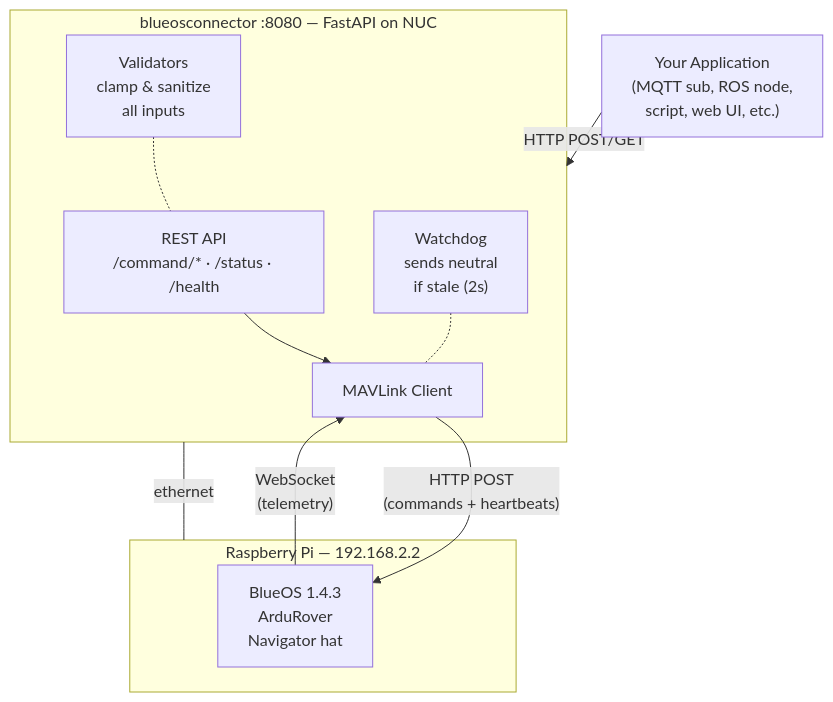
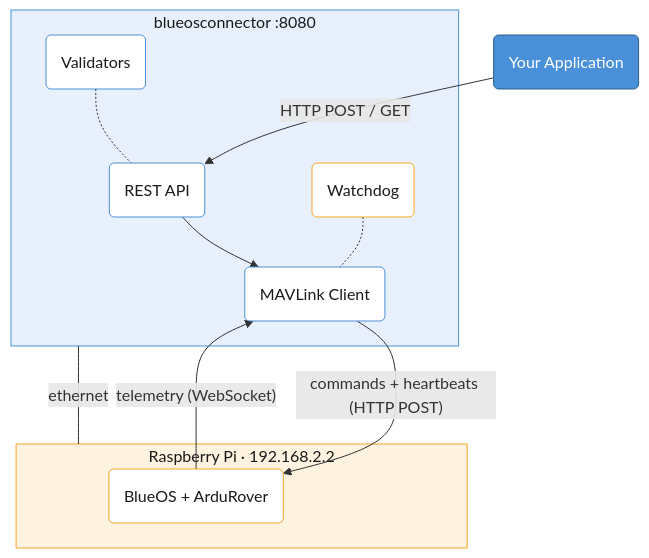
One commit to RISEMaxF/ssrsblue changed the diagram in connector/README.md. Above: the diagram before and after it, drawn with Mermaid.

Commit message:
Restyle Mermaid diagram with colors and cleaner labels

````diff
--- a/connector/README.md
+++ b/connector/README.md
@@ -7,25 +7,34 @@
 ```mermaid
 graph TD
-    App["Your Application\n(MQTT sub, ROS node,\nscript, web UI, etc.)"]
-    App -->|HTTP POST/GET| Connector
+    App(Your Application)
+    App -->|HTTP POST / GET| API
 
-    subgraph Connector["blueosconnector :8080 — FastAPI on NUC"]
-        API["REST API\n/command/* · /status · /health"]
-        Val["Validators\nclamp & sanitize\nall inputs"]
-        WD["Watchdog\nsends neutral\nif stale (2s)"]
-        MAV["MAVLink Client"]
+    subgraph NUC [blueosconnector :8080]
+        API(REST API)
+        Val(Validators)
+        WD(Watchdog)
+        MAV(MAVLink Client)
 
         API --> MAV
         Val -.- API
         WD -.- MAV
     end
 
-    MAV -->|"HTTP POST\n(commands + heartbeats)"| BlueOS
-    BlueOS -->|"WebSocket\n(telemetry)"| MAV
+    MAV -- "commands + heartbeats (HTTP POST)" --> BlueOS
+    BlueOS -- "telemetry (WebSocket)" --> MAV
 
-    subgraph Pi["Raspberry Pi — 192.168.2.2"]
-        BlueOS["BlueOS 1.4.3\nArduRover\nNavigator hat"]
+    subgraph RPi [Raspberry Pi · 192.168.2.2]
+        BlueOS(BlueOS + ArduRover)
     end
 
-    Connector ---|ethernet| Pi
+    NUC ---|ethernet| RPi
+
+    style App fill:#4a90d9,stroke:#2c5f8a,color:#fff
+    style NUC fill:#e8f0fe,stroke:#4a90d9,color:#1a1a1a
+    style API fill:#fff,stroke:#4a90d9,color:#1a1a1a
+    style Val fill:#fff,stroke:#4a90d9,color:#1a1a1a
+    style WD fill:#fff,stroke:#f5a623,color:#1a1a1a
+    style MAV fill:#fff,stroke:#4a90d9,color:#1a1a1a
+    style RPi fill:#fef3e0,stroke:#f5a623,color:#1a1a1a
+    style BlueOS fill:#fff,stroke:#f5a623,color:#1a1a1a
 ```
````
